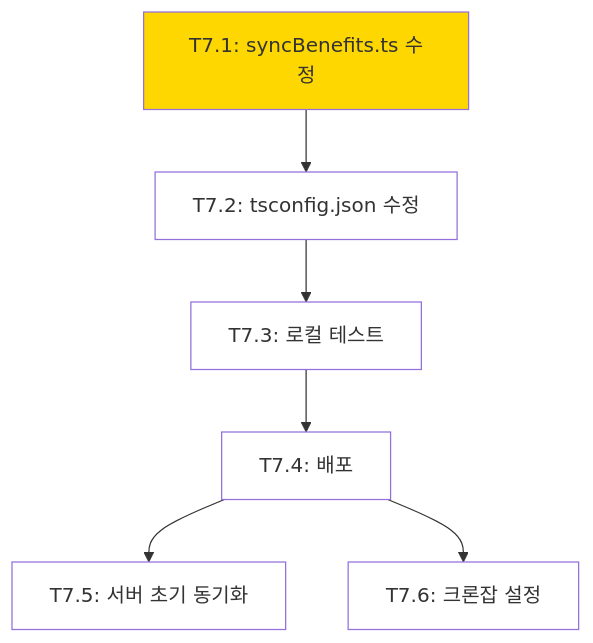
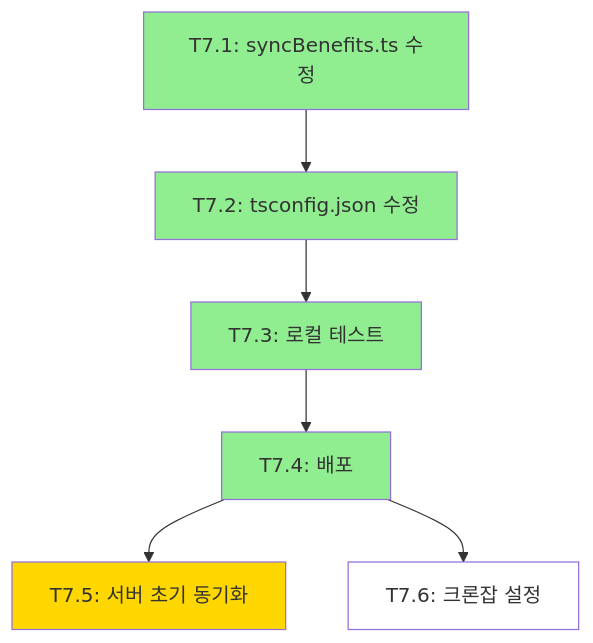
Before and after one commit to sseok-lee/alimi: the third of 3 diagrams in docs/planning/06-tasks.md, drawn with Mermaid. The commit also changed other lines of this file, not shown here.

````diff
--- a/docs/planning/06-tasks.md
+++ b/docs/planning/06-tasks.md
@@ -2278,15 +2284,15 @@
 ```mermaid
 flowchart TD
     T7.1[T7.1: syncBenefits.ts 수정] --> T7.2[T7.2: tsconfig.json 수정]
     T7.2 --> T7.3[T7.3: 로컬 테스트]
     T7.3 --> T7.4[T7.4: 배포]
     T7.4 --> T7.5[T7.5: 서버 초기 동기화]
     T7.4 --> T7.6[T7.6: 크론잡 설정]
 
-    style T7.1 fill:#FFD700
-    style T7.2 fill:#FFFFFF
-    style T7.3 fill:#FFFFFF
-    style T7.4 fill:#FFFFFF
-    style T7.5 fill:#FFFFFF
+    style T7.1 fill:#90EE90
+    style T7.2 fill:#90EE90
+    style T7.3 fill:#90EE90
+    style T7.4 fill:#90EE90
+    style T7.5 fill:#FFD700
     style T7.6 fill:#FFFFFF
 ```
````
